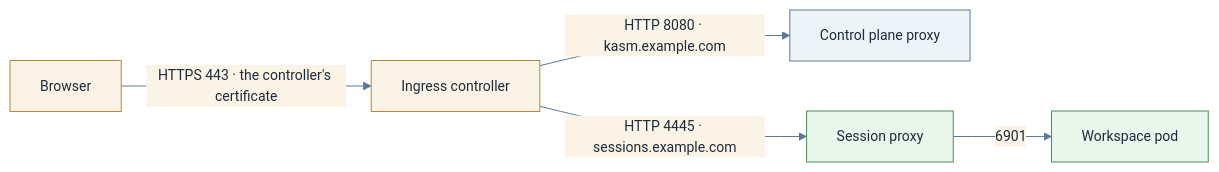
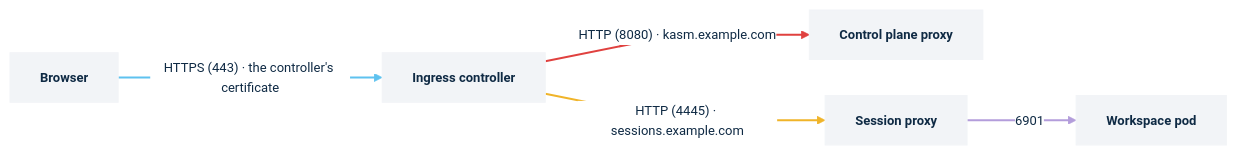
The diagram in docs/how-to/networking/ingress.md (kasmtech/kasm-helm), drawn with Mermaid before and after one commit. The commit also changed other lines of this file and 35 other files, not shown here.

First line of the commit message:
Kasm diagram theme, and the operator and agent fixes verified against the dev builds

````diff
--- a/docs/how-to/networking/ingress.md
+++ b/docs/how-to/networking/ingress.md
@@ -15,12 +15,18 @@
 ```mermaid
-%%{init: {"theme":"base","themeVariables":{"primaryColor":"#eef3f8","primaryBorderColor":"#5b7a99","primaryTextColor":"#1d2b3a","secondaryColor":"#fbf3e6","secondaryBorderColor":"#b8863b","tertiaryColor":"#eaf5ec","tertiaryBorderColor":"#4f8a5b","lineColor":"#5b7a99","fontFamily":"Inter, Helvetica, Arial, sans-serif","fontSize":"14px"},"flowchart":{"curve":"basis","htmlLabels":true}}}%%
+%%{init: {"theme":"base","themeVariables":{"background":"#ffffff","primaryColor":"#f2f4f7","primaryBorderColor":"#f2f4f7","primaryTextColor":"#0f2a44","lineColor":"#0f2a44","clusterBkg":"#ffffff","clusterBorder":"#4a4a4a","edgeLabelBackground":"#ffffff","fontFamily":"Montserrat, Helvetica, Arial, sans-serif","fontSize":"13px"},"flowchart":{"curve":"linear","htmlLabels":true,"nodeSpacing":36,"rankSpacing":64}}}%%
 flowchart LR
-  browser["Browser"] -->|"HTTPS 443 · the controller's certificate"| ing["Ingress controller"]
-  ing -->|"HTTP 8080 · kasm.example.com"| cp["Control plane proxy"]
-  ing -->|"HTTP 4445 · sessions.example.com"| sp["Session proxy"]
-  sp -->|"6901"| ws["Workspace pod"]
-  classDef agent fill:#eaf5ec,stroke:#4f8a5b
-  classDef ext fill:#fbf3e6,stroke:#b8863b
-  class sp,ws agent
-  class browser,ing ext
+  browser["Browser"]:::card
+  ing["Ingress controller"]:::card
+  cp["Control plane proxy"]:::card
+  sp["Session proxy"]:::card
+  ws["Workspace pod"]:::card
+  browser -->|"HTTPS (443) · the controller's certificate"| ing
+  ing -->|"HTTP (8080) · kasm.example.com"| cp
+  ing -->|"HTTP (4445) · sessions.example.com"| sp
+  sp -->|"6901"| ws
+  classDef card fill:#f2f4f7,stroke:#f2f4f7,color:#0f2a44,font-weight:600
+  linkStyle 0 stroke:#5ec2ef,stroke-width:2px
+  linkStyle 1 stroke:#e0413f,stroke-width:2px
+  linkStyle 2 stroke:#f0b429,stroke-width:2px
+  linkStyle 3 stroke:#b39ddb,stroke-width:2px
 ```
````
